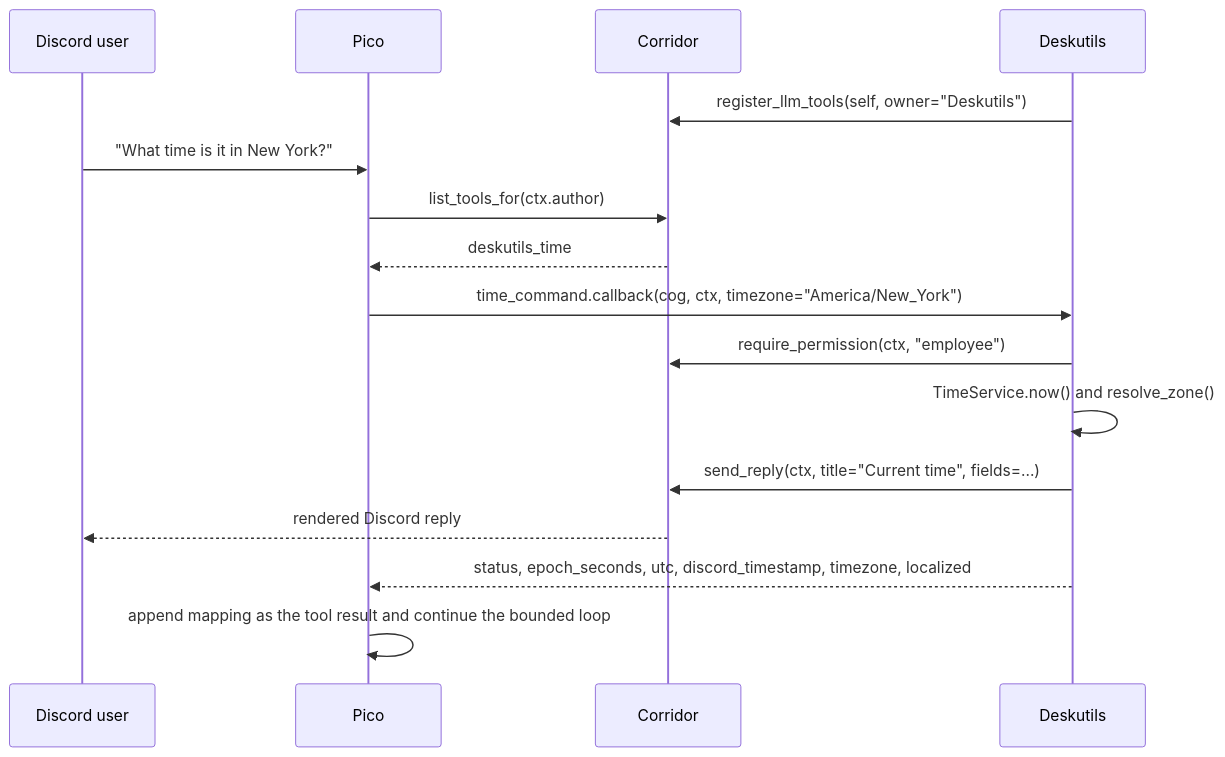
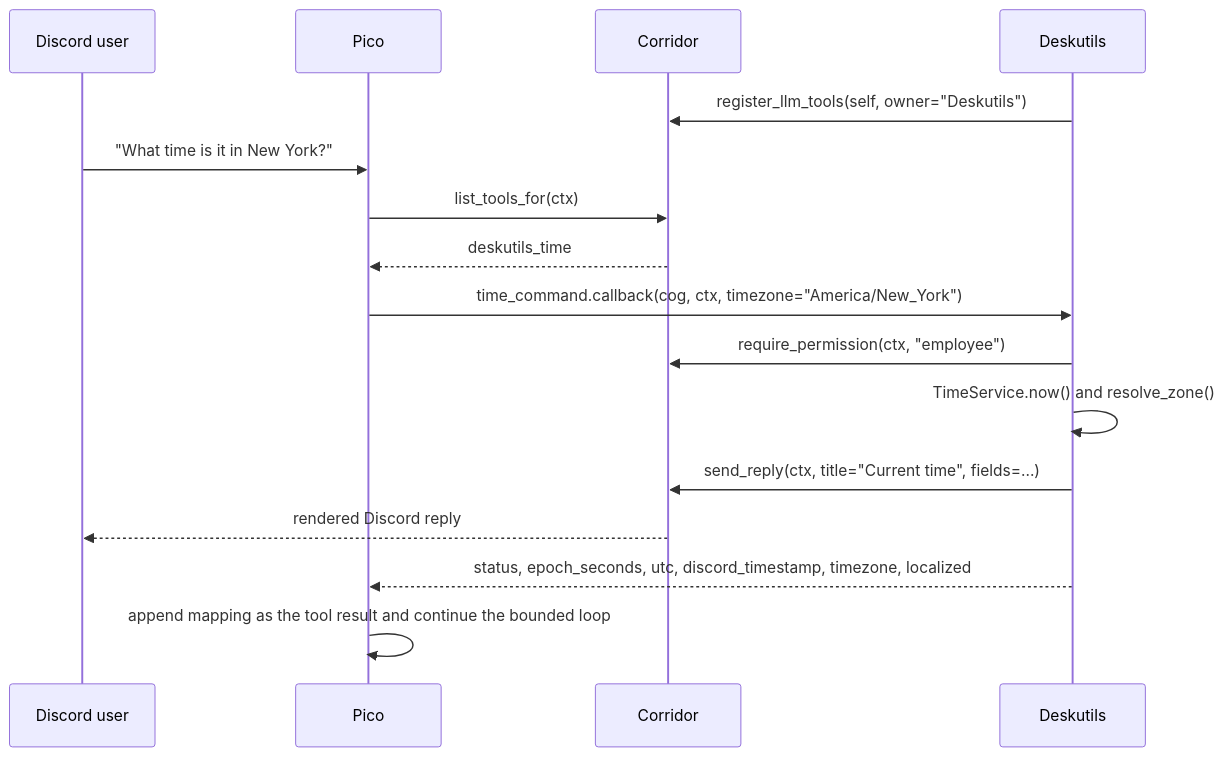
One commit to pixel-agents-hq/pixel-agents-cogs changed the second of 2 diagrams in docs/corridor-tool-registry-design.md. Above: the diagram before and after it, drawn with Mermaid. The commit also changed other lines of this file and 28 other files, not shown here.

````diff
--- a/docs/corridor-tool-registry-design.md
+++ b/docs/corridor-tool-registry-design.md
@@ -258,19 +285,19 @@
 ```mermaid
 sequenceDiagram
     participant U as Discord user
     participant P as Pico
     participant C as Corridor
     participant D as Deskutils
 
     D->>C: register_llm_tools(self, owner="Deskutils")
     U->>P: "What time is it in New York?"
-    P->>C: list_tools_for(ctx.author)
+    P->>C: list_tools_for(ctx)
     C-->>P: deskutils_time
     P->>D: time_command.callback(cog, ctx, timezone="America/New_York")
     D->>C: require_permission(ctx, "employee")
     D->>D: TimeService.now() and resolve_zone()
     D->>C: send_reply(ctx, title="Current time", fields=...)
     C-->>U: rendered Discord reply
     D-->>P: status, epoch_seconds, utc, discord_timestamp, timezone, localized
     P->>P: append mapping as the tool result and continue the bounded loop
 ```
````
